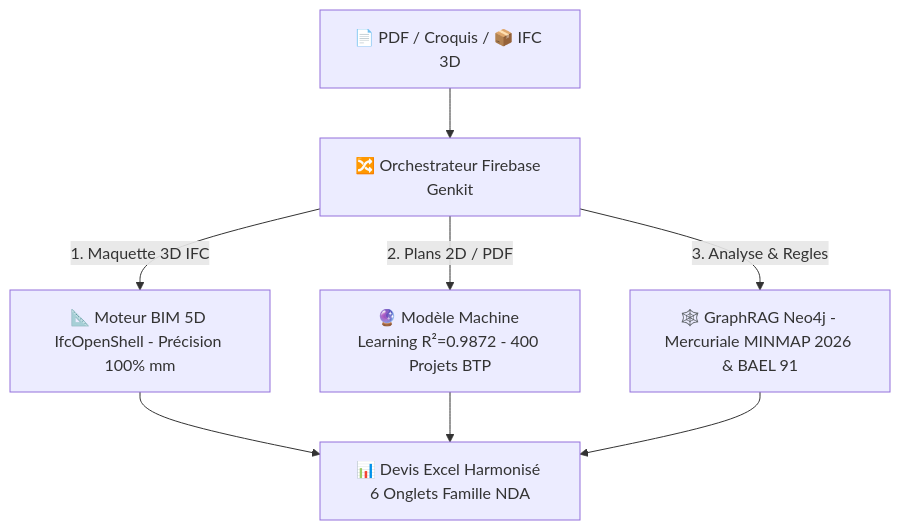
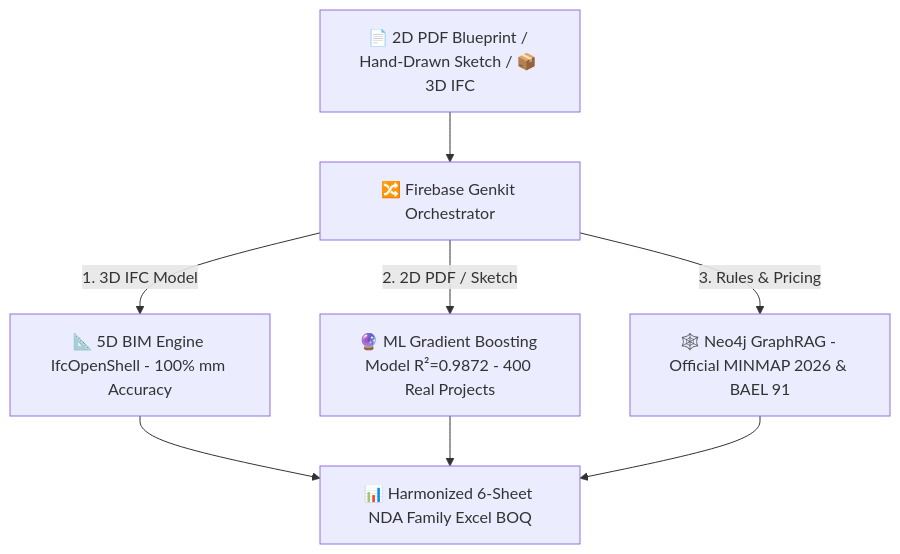
One commit to gervais-afk/archi-cam-ai changed the diagram in README.md. Above: the diagram before and after it, drawn with Mermaid. The commit also changed other lines of this file, not shown here.

````diff
--- a/README.md
+++ b/README.md
@@ -21,10 +21,10 @@
 ```mermaid
 graph TD
-    Input[📄 PDF / Croquis / 📦 IFC 3D] --> Router[🔀 Orchestrateur Firebase Genkit]
+    Input[📄 2D PDF Blueprint / Hand-Drawn Sketch / 📦 3D IFC] --> Router[🔀 Firebase Genkit Orchestrator]
     
-    Router -->|1. Maquette 3D IFC| BIM[📐 Moteur BIM 5D IfcOpenShell - Précision 100% mm]
-    Router -->|2. Plans 2D / PDF| ML[🔮 Modèle Machine Learning R²=0.9872 - 400 Projets BTP]
-    Router -->|3. Analyse & Regles| Graph[🕸️ GraphRAG Neo4j - Mercuriale MINMAP 2026 & BAEL 91]
+    Router -->|1. 3D IFC Model| BIM[📐 5D BIM Engine IfcOpenShell - 100% mm Accuracy]
+    Router -->|2. 2D PDF / Sketch| ML[🔮 ML Gradient Boosting Model R²=0.9872 - 400 Real Projects]
+    Router -->|3. Rules & Pricing| Graph[🕸️ Neo4j GraphRAG - Official MINMAP 2026 & BAEL 91]
     
-    BIM & ML & Graph --> Excel[📊 Devis Excel Harmonisé 6 Onglets Famille NDA]
+    BIM & ML & Graph --> Excel[📊 Harmonized 6-Sheet NDA Family Excel BOQ]
 ```
````
